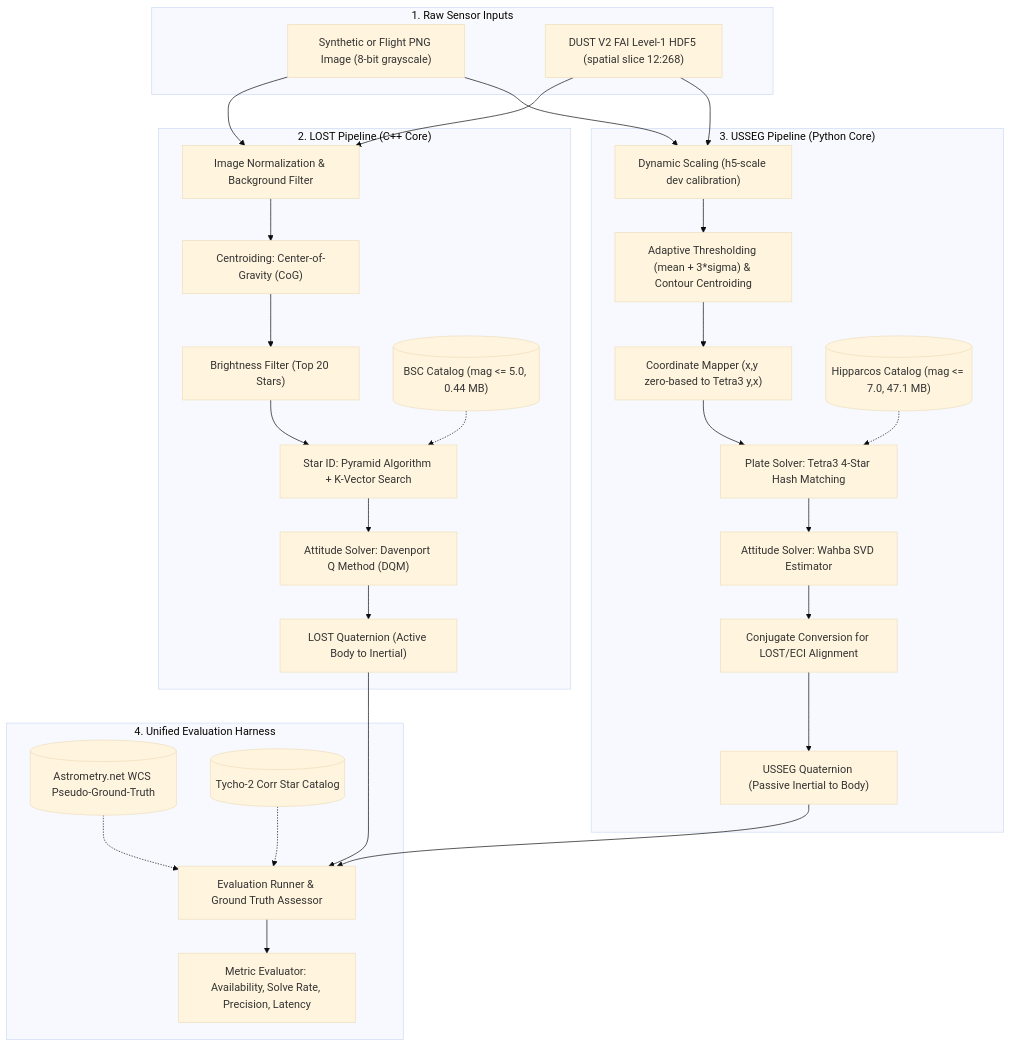
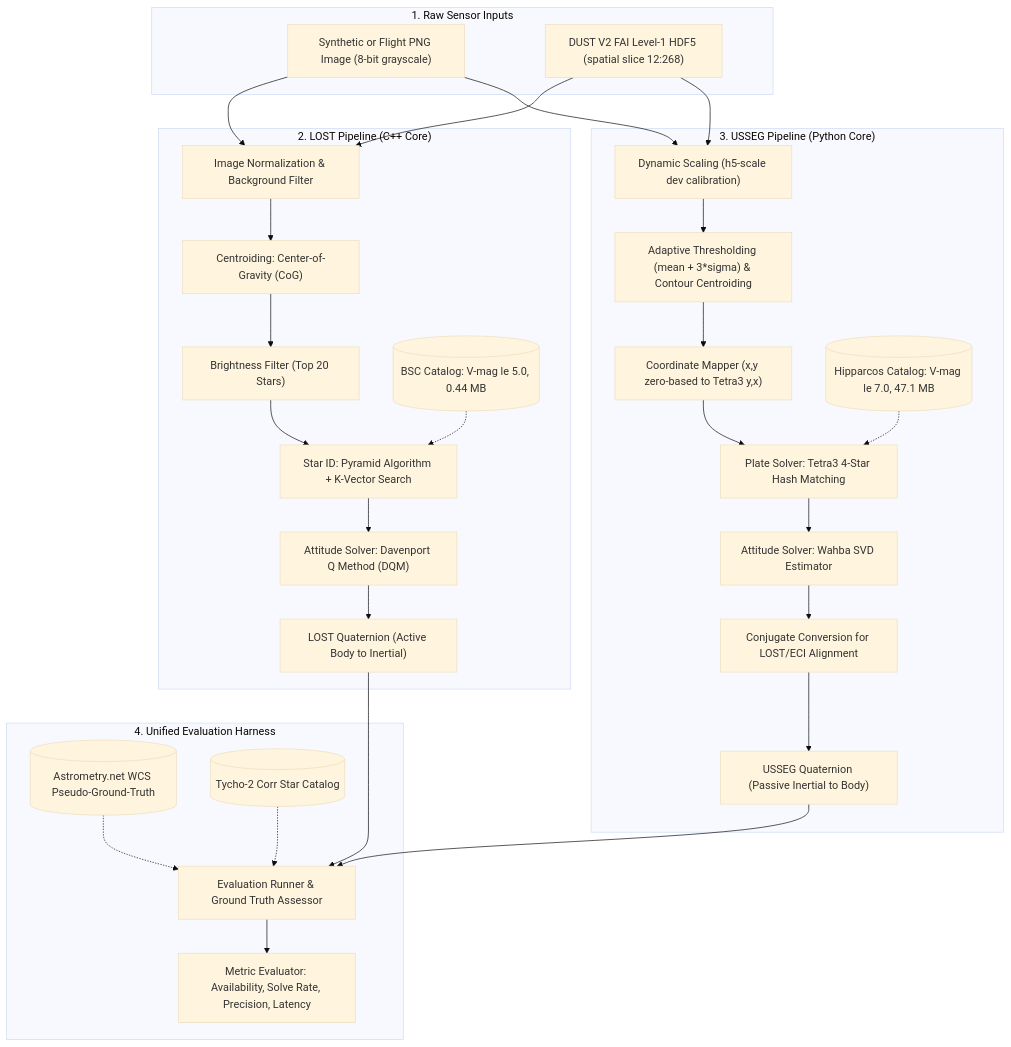
Before and after one commit to itschnmy/usseg_startracker: the first of 4 diagrams in docs/01_system_architecture.md, drawn with Mermaid (base theme). The commit also changed other lines of this file and 2 other files, not shown here.

Commit message:
fix: resolve mermaid syntax errors (angle brackets, cylinder syntax, and sequence brackets) across docs

````diff
--- a/docs/01_system_architecture.md
+++ b/docs/01_system_architecture.md
@@ -29,54 +29,54 @@
 ```mermaid
 flowchart TD
     subgraph Inputs["1. Raw Sensor Inputs"]
         RAW_PNG["Synthetic or Flight PNG Image (8-bit grayscale)"]
         RAW_H5["DUST V2 FAI Level-1 HDF5 (spatial slice 12:268)"]
     end
 
     subgraph LOST_Pipe["2. LOST Pipeline (C++ Core)"]
         L_PRE["Image Normalization & Background Filter"]
         L_DET["Centroiding: Center-of-Gravity (CoG)"]
         L_FILTER["Brightness Filter (Top 20 Stars)"]
         L_ID["Star ID: Pyramid Algorithm + K-Vector Search"]
-        L_CAT[("BSC Catalog (mag <= 5.0, 0.44 MB)")]
+        L_CAT[("BSC Catalog: V-mag le 5.0, 0.44 MB")]
         L_ATT["Attitude Solver: Davenport Q Method (DQM)"]
         L_OUT["LOST Quaternion (Active Body to Inertial)"]
     end
 
     subgraph USSEG_Pipe["3. USSEG Pipeline (Python Core)"]
         U_PRE["Dynamic Scaling (h5-scale dev calibration)"]
         U_DET["Adaptive Thresholding (mean + 3*sigma) & Contour Centroiding"]
         U_WRAP["Coordinate Mapper (x,y zero-based to Tetra3 y,x)"]
         U_ID["Plate Solver: Tetra3 4-Star Hash Matching"]
-        U_CAT[("Hipparcos Catalog (mag <= 7.0, 47.1 MB)")]
+        U_CAT[("Hipparcos Catalog: V-mag le 7.0, 47.1 MB")]
         U_ATT["Attitude Solver: Wahba SVD Estimator"]
         U_CONV["Conjugate Conversion for LOST/ECI Alignment"]
         U_OUT["USSEG Quaternion (Passive Inertial to Body)"]
     end
 
     subgraph Eval_Harness["4. Unified Evaluation Harness"]
         HARNESS["Evaluation Runner & Ground Truth Assessor"]
         WCS_REF[("Astrometry.net WCS Pseudo-Ground-Truth")]
         CORR_REF[("Tycho-2 Corr Star Catalog")]
         METRICS["Metric Evaluator: Availability, Solve Rate, Precision, Latency"]
     end
 
     RAW_PNG --> L_PRE
     RAW_H5 --> L_PRE
     RAW_PNG --> U_PRE
     RAW_H5 --> U_PRE
 
     L_PRE --> L_DET --> L_FILTER --> L_ID
     L_CAT -.-> L_ID
     L_ID --> L_ATT --> L_OUT
 
     U_PRE --> U_DET --> U_WRAP --> U_ID
     U_CAT -.-> U_ID
     U_ID --> U_ATT --> U_CONV --> U_OUT
 
     L_OUT --> HARNESS
     U_OUT --> HARNESS
     WCS_REF -.-> HARNESS
     CORR_REF -.-> HARNESS
     HARNESS --> METRICS
 ```
````
